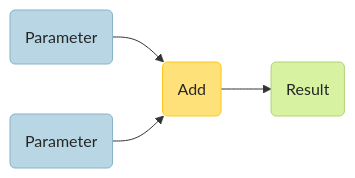
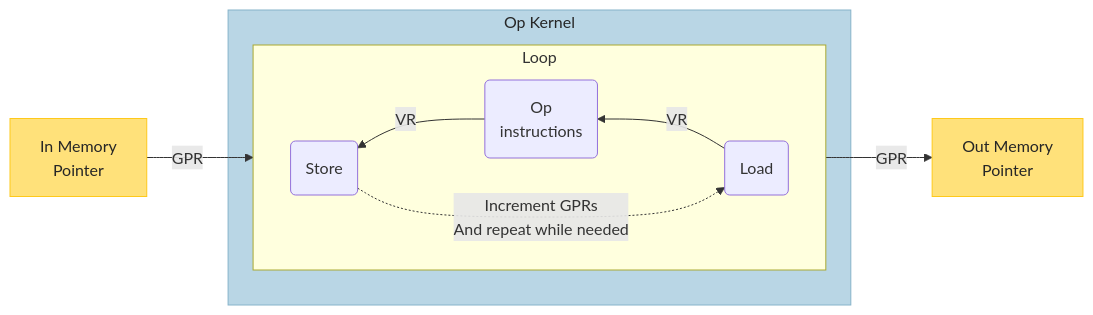
One commit to openvinotoolkit/openvino changed the third of 12 diagrams in src/common/snippets/docs/snippets_design_guide.md. Above: the diagram before and after it, drawn with Mermaid. The commit also changed other lines of this file and 1 other file, not shown here.

````diff
--- a/src/common/snippets/docs/snippets_design_guide.md
+++ b/src/common/snippets/docs/snippets_design_guide.md
@@ -107,13 +63,24 @@
 ```mermaid
-flowchart LR
-    nodeA1(Parameter) --> nodeA2(Add)
-    nodeA3(Parameter) --> nodeA2(Add)
-    nodeA2(Add) --> nodeA5(Result)
-classDef moss1 fill:#D7F3A2, stroke: #B1D272, color: #262626
+ graph LR
+    InputMemory[In Memory\n Pointer]
+    OutputMemory[Out Memory\n Pointer]
+    subgraph OpKernel [Op Kernel]
+        subgraph Loop [Loop]
+            direction RL
+            Load(Load)
+            op(Op \n instructions)
+            Store(Store)
+            Load --> |VR| op
+            op -->|VR| Store
+            Store -..->|Increment GPRs\n And repeat while needed| Load
+        end
+    end
+   InputMemory -- GPR --> Load
+   Store -- GPR --> OutputMemory
+   
+classDef no-bg-color fill:none,stroke-width:0px
 classDef steel1 fill:#B9D6E5, stroke: #86B3CA, color: #262626
 classDef daisy1 fill:#FFE17A, stroke: #FEC91B, color: #262626
-class nodeA2 daisy1
-class nodeA5 moss1
-class nodeA8 steel1
-class nodeA1,nodeA3 steel1
+class OpKernel steel1
+class InputMemory,OutputMemory daisy1
 ```
````
